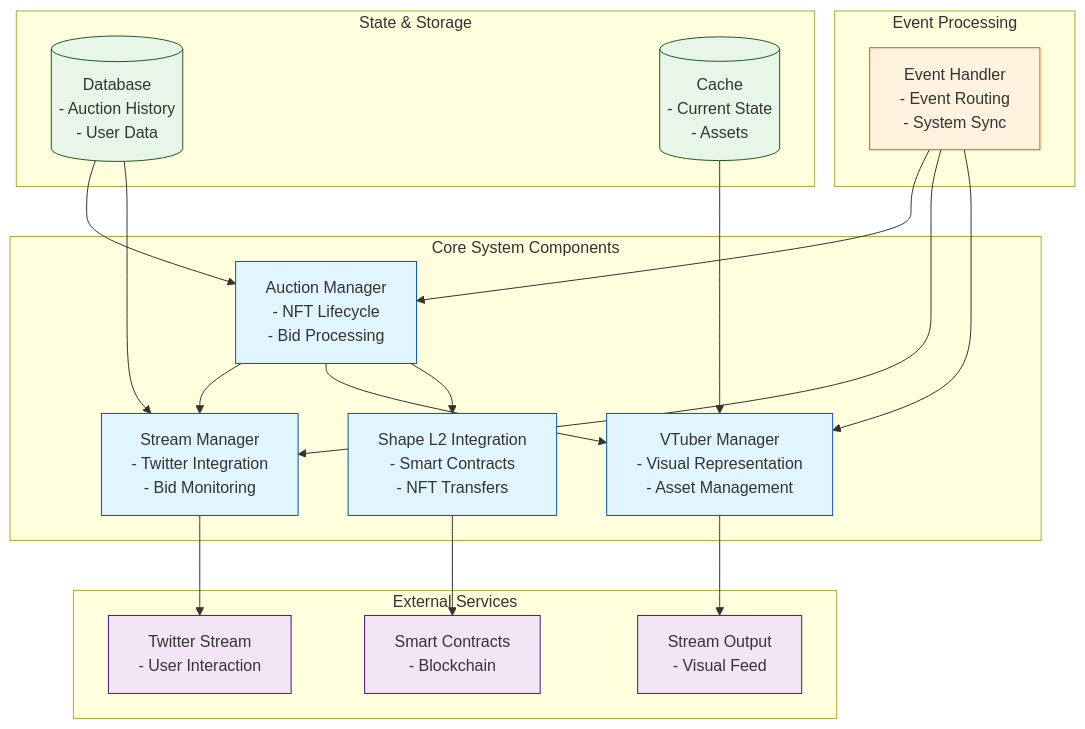
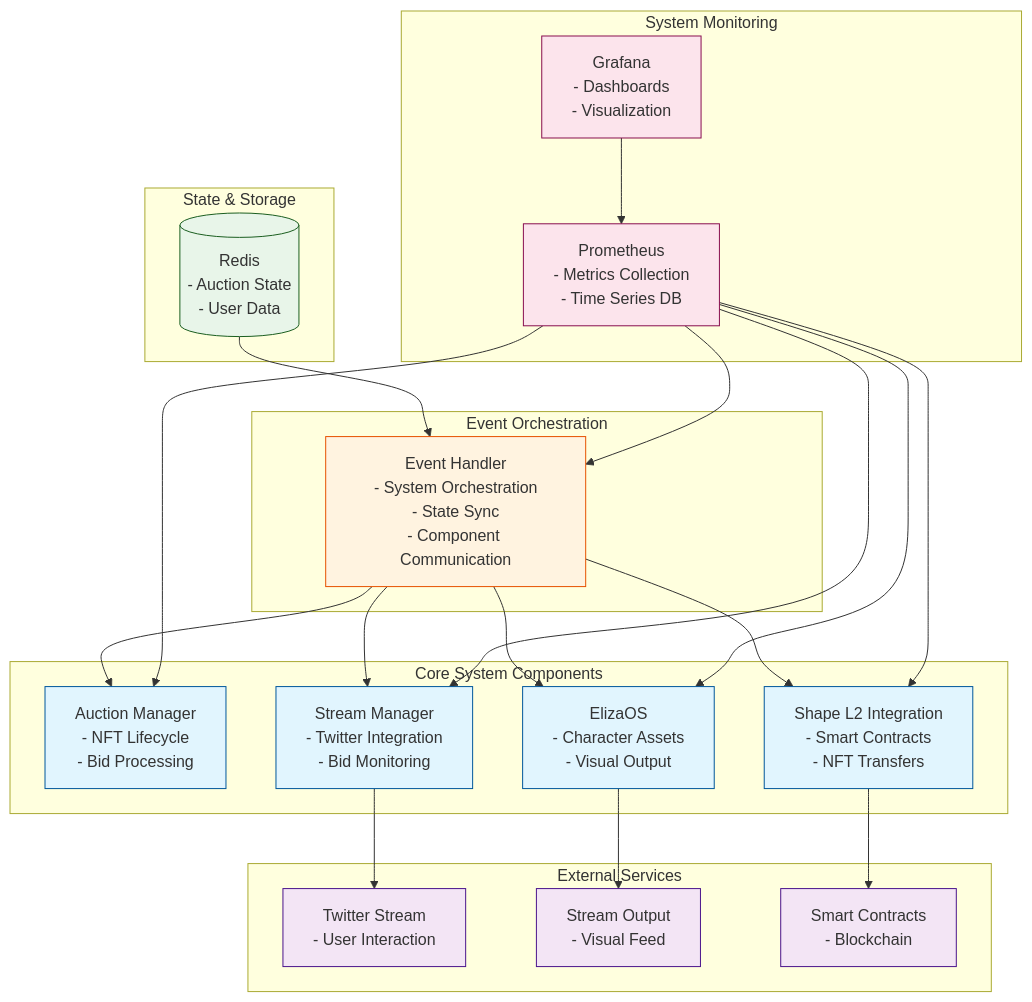
One commit to bigshellpliskin/sothebais changed the diagram in docs/nft-auction-arch.md. Above: the diagram before and after it, drawn with Mermaid. The commit also changed 38 other files, not shown here.

First line of the commit message:
Refactor NFT Auction System architecture and enhance Docker setup

````diff
--- a/docs/nft-auction-arch.md
+++ b/docs/nft-auction-arch.md
@@ -1,56 +1,68 @@
 ```mermaid
 graph TD
     %% Core System Components
     subgraph CoreSystem[Core System Components]
         AM[Auction Manager<br>- NFT Lifecycle<br>- Bid Processing]
         SM[Stream Manager<br>- Twitter Integration<br>- Bid Monitoring]
-        VM[VTuber Manager<br>- Visual Representation<br>- Asset Management]
+        EL[ElizaOS<br>- Character Assets<br>- Visual Output]
         SL[Shape L2 Integration<br>- Smart Contracts<br>- NFT Transfers]
+    end
+
+    %% Event System
+    subgraph EventSystem[Event Orchestration]
+        EH[Event Handler<br>- System Orchestration<br>- State Sync<br>- Component Communication]
     end
 
     %% State Management
     subgraph StateManagement[State & Storage]
-        DB[(Database<br>- Auction History<br>- User Data)]
-        Cache[(Cache<br>- Current State<br>- Assets)]
+        DB[(Redis<br>- Auction State<br>- User Data)]
     end
 
-    %% Event System
-    subgraph EventSystem[Event Processing]
-        EH[Event Handler<br>- Event Routing<br>- System Sync]
+    %% Monitoring System
+    subgraph MonitoringSystem[System Monitoring]
+        PR[Prometheus<br>- Metrics Collection<br>- Time Series DB]
+        GF[Grafana<br>- Dashboards<br>- Visualization]
     end
 
     %% External Interactions
     subgraph ExternalServices[External Services]
         TS[Twitter Stream<br>- User Interaction]
         SO[Stream Output<br>- Visual Feed]
         SC[Smart Contracts<br>- Blockchain]
     end
 
-    %% Connections
-    AM --> SM
-    AM --> VM
-    AM --> SL
+    %% Core Connections through Event Handler
+    EH --> AM
+    EH --> SM
+    EH --> EL
+    EH --> SL
     
+    %% External Service Connections
     SM --> TS
-    VM --> SO
+    EL --> SO
     SL --> SC
     
-    DB --> AM
-    DB --> SM
-    Cache --> VM
+    %% State Connections
+    DB --> EH
     
-    EH --> AM
-    EH --> SM
-    EH --> VM
+    %% Monitoring Connections
+    PR --> AM
+    PR --> SM
+    PR --> EL
+    PR --> SL
+    PR --> EH
+    GF --> PR
     
     %% Styling
     classDef core fill:#e1f5fe,stroke:#01579b
     classDef state fill:#e8f5e9,stroke:#1b5e20
     classDef event fill:#fff3e0,stroke:#e65100
+    classDef monitoring fill:#fce4ec,stroke:#880e4f
     classDef external fill:#f3e5f5,stroke:#4a148c
     
-    class AM,SM,VM,SL core
-    class DB,Cache state
+    class AM,SM,EL,SL core
+    class DB state
     class EH event
+    class PR,GF monitoring
     class TS,SO,SC external
 ```
````
